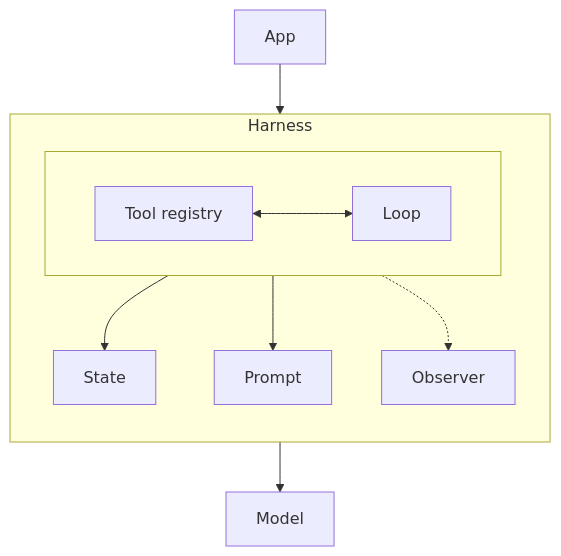
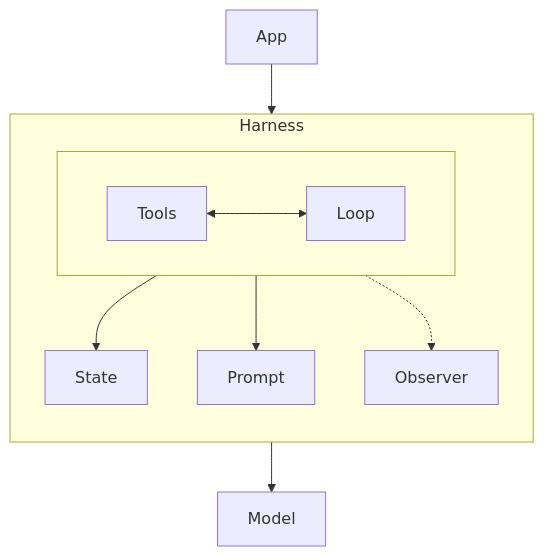
The diagram in content/diagrams/agent-harnesses/harness-layers.mmd (ninadpathak/ninadpathak), drawn with Mermaid before and after one commit. The commit also changed 8 other files, not shown here.

```diff
--- a/content/diagrams/agent-harnesses/harness-layers.mmd
+++ b/content/diagrams/agent-harnesses/harness-layers.mmd
@@ -1,33 +1,34 @@
 %% @fig 01
 %% @kicker Harness layers around the raw LLM
 %% @alt The agent harness sits between the application and the model. Its five components are the execution loop, the tool registry the loop calls in both directions, the prompt assembler that builds the prompt the model receives, the state manager that holds checkpoints, and the observer that logs every step. The model only reasons.
 %% @caption The model reasons. The harness handles everything else, including the checkpoint that lets an interrupted run resume.
 %% @path app>loop>prompt>llm
 %% @glyph app | window
 %% @glyph loop | loop
 %% @glyph prompt | tokens
 %% @glyph state | cells fill=0.55 flag
 %% @glyph observer | eye
 %% @glyph llm | core
 %% @glyph tools | tools
+%% @spacing 40,72
 flowchart TB
   app["App"]:::external
   subgraph harness [Harness]
     direction TB
     subgraph row1 [ ]
       direction LR
-      tools["Tool registry"]:::stack
+      tools["Tools"]:::stack
       loop["Loop"]:::accent
     end
     state["State"]
     prompt["Prompt"]:::accent
     observer["Observer"]
   end
   llm["Model"]:::focal
   app --> loop
   tools <--> loop
   loop --> state
   loop --> prompt
   loop -.-> observer
   prompt --> llm
   class row1 ghost
```
